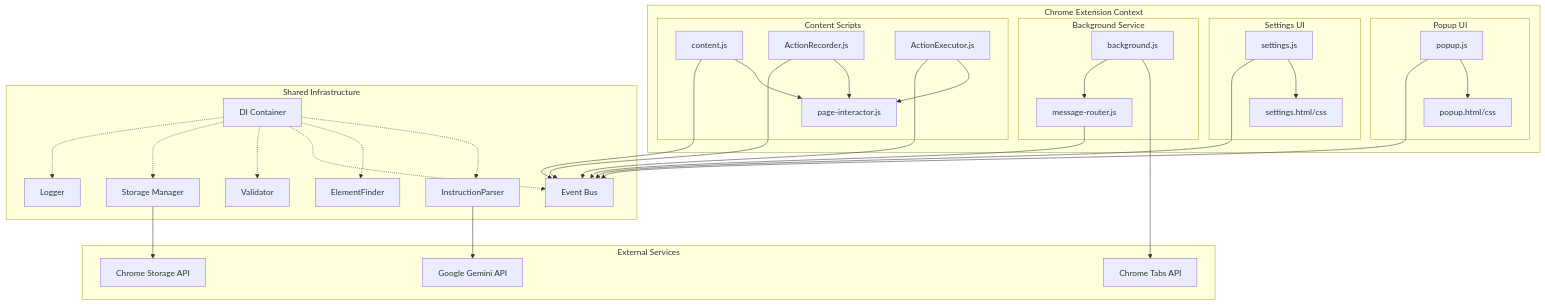
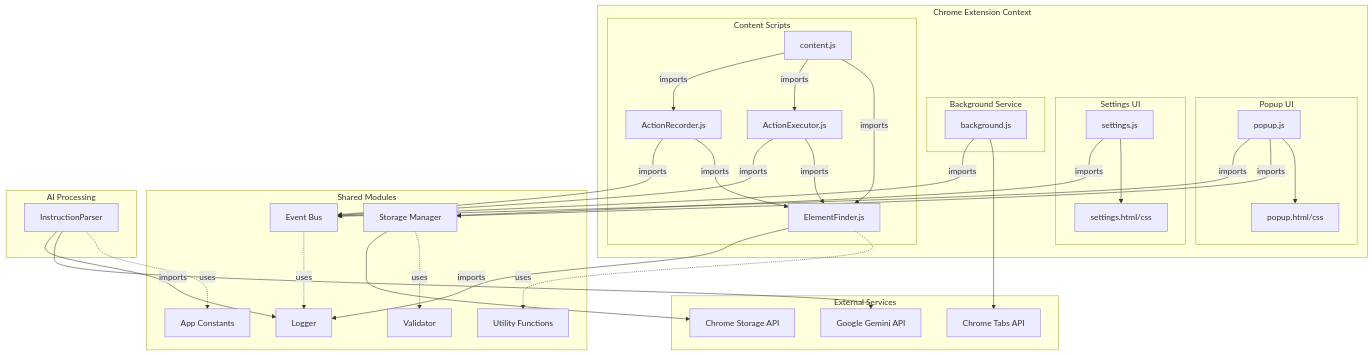
One commit to crosspostly/ai_clicker changed the first of 4 diagrams in ARCHITECTURE.md. Above: the diagram before and after it, drawn with Mermaid. The commit also changed other lines of this file and 18 other files, not shown here.

````diff
--- a/ARCHITECTURE.md
+++ b/ARCHITECTURE.md
@@ -66,72 +74,76 @@
 ```mermaid
 graph TB
     subgraph "Chrome Extension Context"
         subgraph "Popup UI"
             Popup[popup.js]
             PopupUI[popup.html/css]
         end
         
         subgraph "Settings UI"
             Settings[settings.js]
             SettingsUI[settings.html/css]
         end
         
         subgraph "Background Service"
             BG[background.js]
-            MessageRouter[message-router.js]
         end
         
         subgraph "Content Scripts"
             Content[content.js]
             Recorder[ActionRecorder.js]
             Executor[ActionExecutor.js]
-            PageInteractor[page-interactor.js]
+            Finder[ElementFinder.js]
         end
     end
     
     subgraph "External Services"
         Gemini[Google Gemini API]
-        Storage[Chrome Storage API]
-        Tabs[Chrome Tabs API]
+        ChromeStorage[Chrome Storage API]
+        ChromeTabs[Chrome Tabs API]
     end
     
-    subgraph "Shared Infrastructure"
+    subgraph "Shared Modules"
         EventBus[Event Bus]
-        DI[DI Container]
         Logger[Logger]
         StorageMgr[Storage Manager]
         Validator[Validator]
-        ElementFinder[ElementFinder]
+        Helpers[Utility Functions]
+        Constants[App Constants]
+    end
+    
+    subgraph "AI Processing"
         InstructionParser[InstructionParser]
     end
     
-    %% Connections
-    Popup --> EventBus
-    Settings --> EventBus
-    BG --> MessageRouter
-    Content --> EventBus
+    %% ES6 Module Imports
+    Popup -->|imports| EventBus
+    Popup -->|imports| StorageMgr
+    Settings -->|imports| StorageMgr
+    BG -->|imports| EventBus
+    Content -->|imports| Recorder
+    Content -->|imports| Executor
+    Content -->|imports| Finder
     
-    MessageRouter --> EventBus
-    Recorder --> EventBus
-    Executor --> EventBus
-    
-    %% DI Dependencies
-    DI -.-> Logger
-    DI -.-> StorageMgr
-    DI -.-> Validator
-    DI -.-> EventBus
-    DI -.-> ElementFinder
-    DI -.-> InstructionParser
+    %% Module Dependencies
+    Recorder -->|imports| EventBus
+    Recorder -->|imports| Finder
+    Executor -->|imports| EventBus
+    Executor -->|imports| Finder
+    Finder -->|imports| Logger
+    InstructionParser -->|imports| Logger
     
     %% External API Calls
     InstructionParser --> Gemini
-    StorageMgr --> Storage
-    BG --> Tabs
+    StorageMgr --> ChromeStorage
+    BG --> ChromeTabs
     
     %% UI Connections
     Popup --> PopupUI
     Settings --> SettingsUI
-    Content --> PageInteractor
-    Recorder --> PageInteractor
-    Executor --> PageInteractor
+    
+    %% Shared Dependencies
+    EventBus -.->|uses| Logger
+    StorageMgr -.->|uses| Validator
+    Finder -.->|uses| Helpers
+    InstructionParser -.->|uses| Constants
 ```
````
